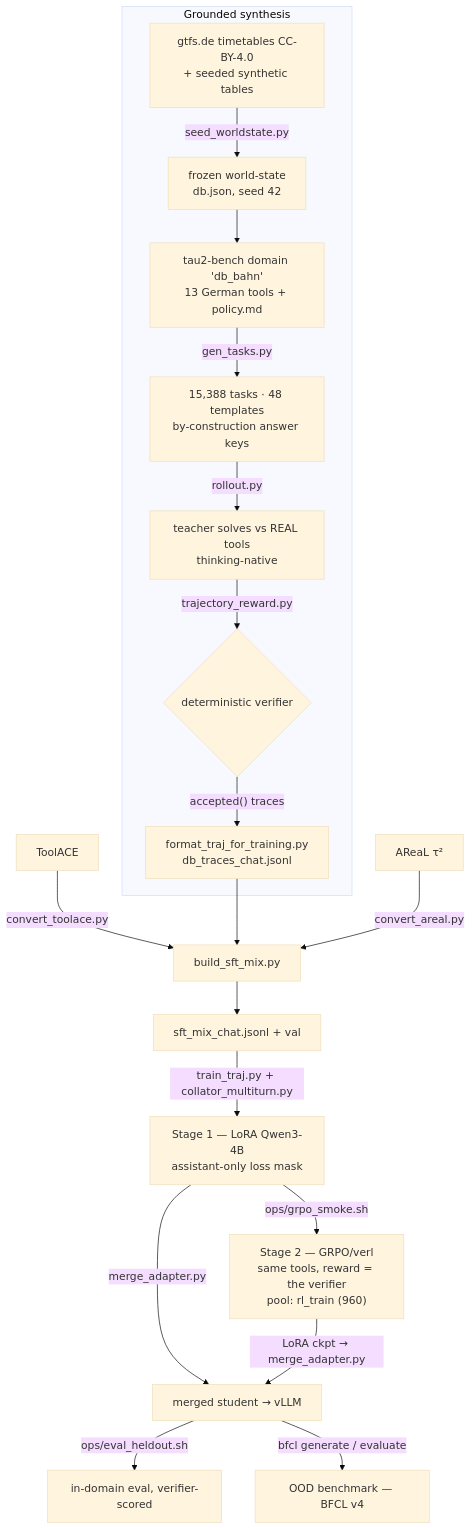
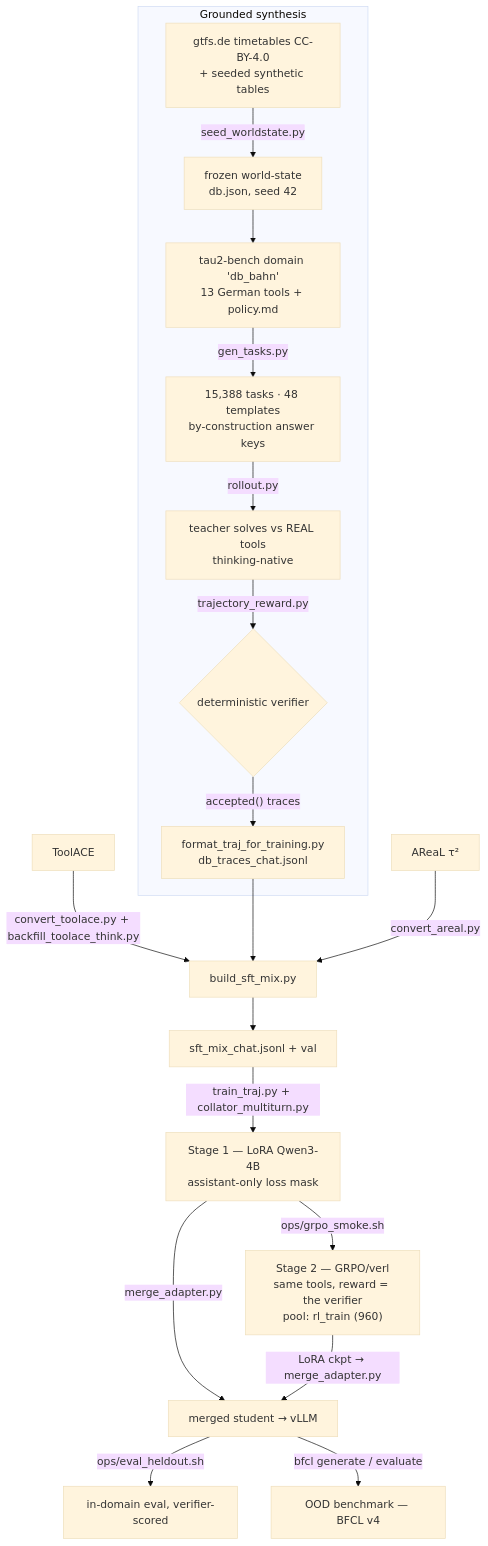
The diagram in README.md (JanneckGit/slm-agentic-training-pipeline), drawn with Mermaid (base theme) before and after one commit. The commit also changed other lines of this file and 3 other files, not shown here.

````diff
--- a/README.md
+++ b/README.md
@@ -35,21 +35,21 @@
 ```mermaid
 flowchart TD
-    T["ToolACE"] -->|convert_toolace.py| MIX
+    T["ToolACE"] -->|"convert_toolace.py + backfill_toolace_think.py"| MIX
     subgraph SDG["Grounded synthesis"]
         A["gtfs.de timetables CC-BY-4.0<br/>+ seeded synthetic tables"] -->|seed_worldstate.py| B["frozen world-state<br/>db.json, seed 42"]
         B --> C["tau2-bench domain 'db_bahn'<br/>13 German tools + policy.md"]
         C -->|gen_tasks.py| D["15,388 tasks · 48 templates<br/>by-construction answer keys"]
         D -->|rollout.py| E["teacher solves vs REAL tools<br/>thinking-native"]
         E -->|trajectory_reward.py| F{"deterministic verifier"}
         F -->|"accepted() traces"| G["format_traj_for_training.py<br/>db_traces_chat.jsonl"]
     end
     G --> MIX["build_sft_mix.py"]
     R["AReaL τ²"] -->|convert_areal.py| MIX
     MIX --> M["sft_mix_chat.jsonl + val"]
     M -->|"train_traj.py + collator_multiturn.py"| H["Stage 1 — LoRA Qwen3-4B<br/>assistant-only loss mask"]
     H -->|merge_adapter.py| S["merged student → vLLM"]
     S -->|ops/eval_heldout.sh| EV["in-domain eval, verifier-scored"]
     S -->|"bfcl generate / evaluate"| OOD["OOD benchmark — BFCL v4"]
     H -->|ops/grpo_smoke.sh| RL["Stage 2 — GRPO/verl<br/>same tools, reward = the verifier<br/>pool: rl_train (960)"]
     RL -->|"LoRA ckpt → merge_adapter.py"| S
 ```
````
